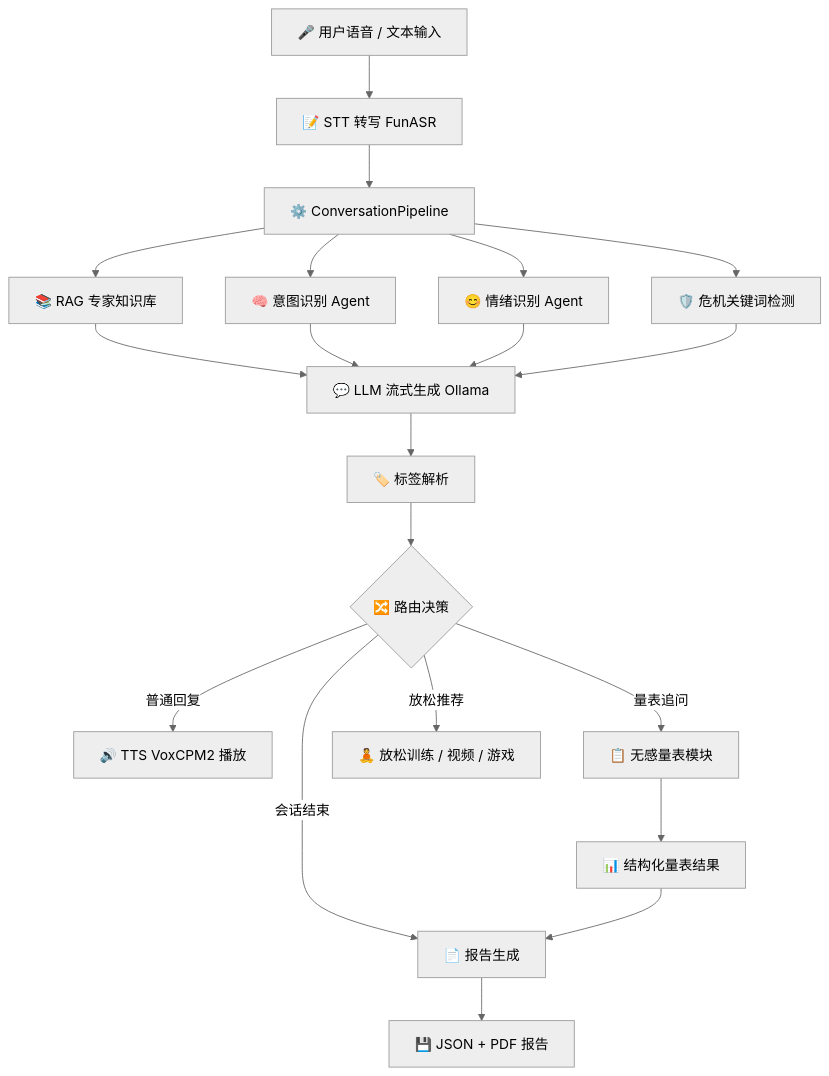
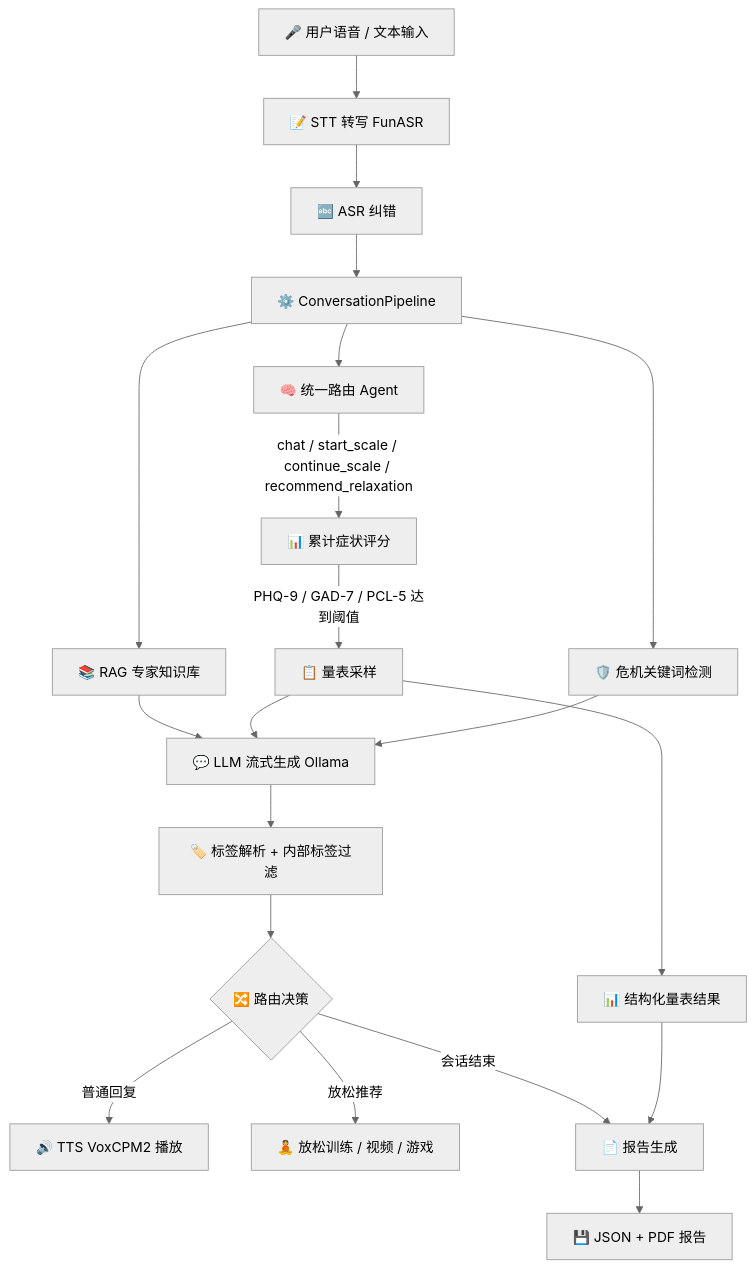
Before and after one commit to jersery66/voicechat3: the first of 4 diagrams in README.md, drawn with Mermaid (neutral theme). The commit also changed other lines of this file, not shown here.

Commit message:
docs: update README with cumulative scoring, relaxation rules, qwen2.5:72b

````diff
--- a/README.md
+++ b/README.md
@@ -144,22 +162,22 @@
 ```mermaid
 flowchart TD
     A[🎤 用户语音 / 文本输入] --> B[📝 STT 转写 FunASR]
-    B --> C[⚙️ ConversationPipeline]
-    C --> D[🧠 意图识别 Agent]
-    C --> E[😊 情绪识别 Agent]
-    C --> F[🛡️ 危机关键词检测]
+    B --> B2[🔤 ASR 纠错]
+    B2 --> C[⚙️ ConversationPipeline]
+    C --> D[🧠 统一路由 Agent]
+    D -->|chat / start_scale / continue_scale / recommend_relaxation| E[📊 累计症状评分]
+    E -->|PHQ-9 / GAD-7 / PCL-5 达到阈值| F[📋 量表采样]
+    C --> G[🛡️ 危机关键词检测]
     C --> C2[📚 RAG 专家知识库]
     C2 --> H[💬 LLM 流式生成 Ollama]
-    D --> H
-    E --> H
     F --> H
-    H --> I[🏷️ 标签解析]
+    G --> H
+    H --> I[🏷️ 标签解析 + 内部标签过滤]
     I --> J{🔀 路由决策}
     J -->|普通回复| K[🔊 TTS VoxCPM2 播放]
-    J -->|量表追问| L[📋 无感量表模块]
     J -->|放松推荐| M[🧘 放松训练 / 视频 / 游戏]
     J -->|会话结束| N[📄 报告生成]
-    L --> O[📊 结构化量表结果]
+    F --> O[📊 结构化量表结果]
     O --> N
     N --> P[💾 JSON + PDF 报告]
 ```
````
